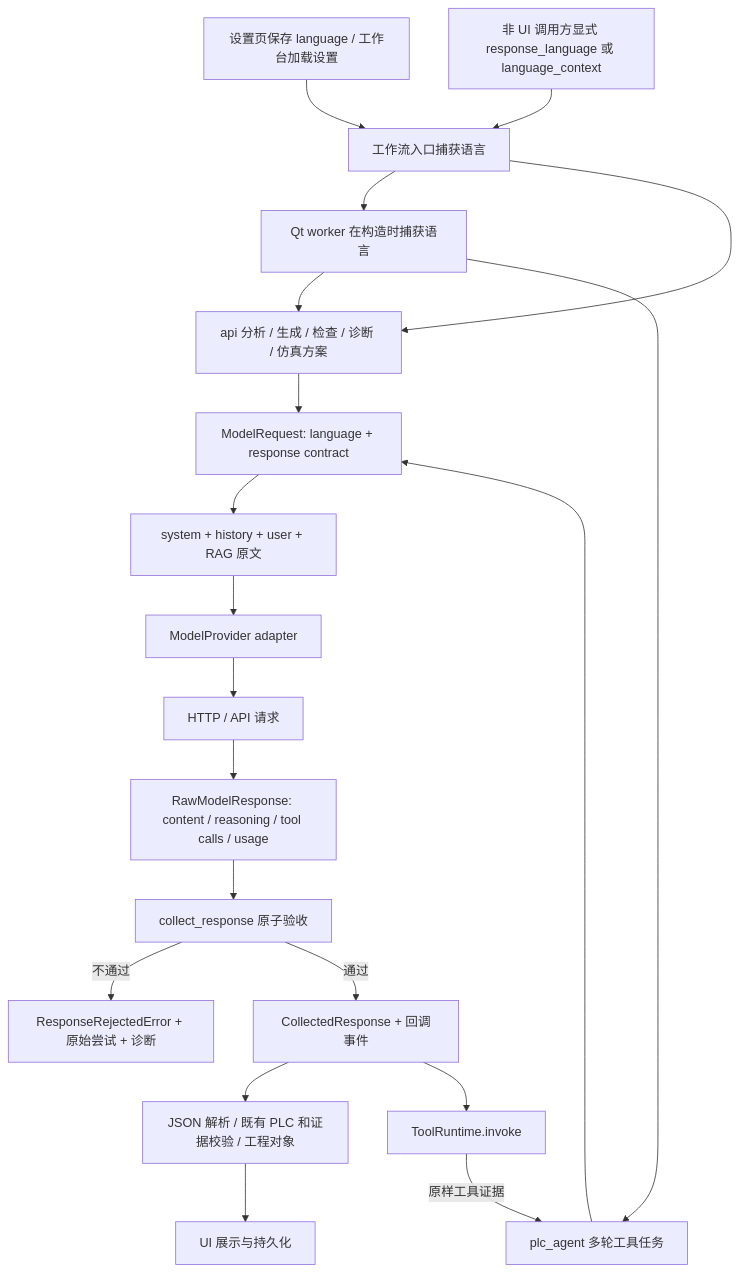
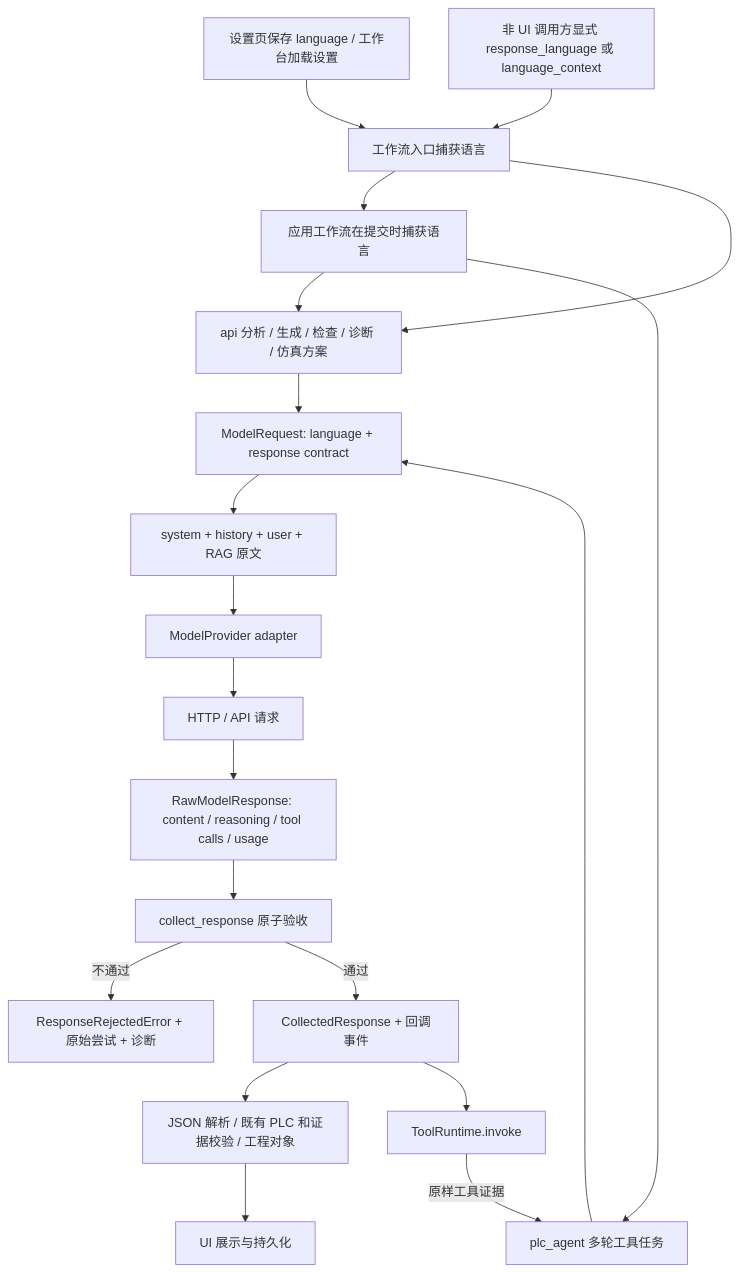
The diagram in docs/architecture/response-language.md (Arienax/gxworks-agent), drawn with Mermaid before and after one commit. The commit also changed other lines of this file and 99 other files, not shown here.

````diff
--- a/docs/architecture/response-language.md
+++ b/docs/architecture/response-language.md
@@ -15,22 +15,22 @@
 ```mermaid
 flowchart TD
   UI[设置页保存 language / 工作台加载设置] --> Scope[工作流入口捕获语言]
   CLI[非 UI 调用方显式 response_language 或 language_context] --> Scope
-  Scope --> Worker[Qt worker 在构造时捕获语言]
+  Scope --> Worker[应用工作流在提交时捕获语言]
   Scope --> API[api 分析 / 生成 / 检查 / 诊断 / 仿真方案]
   Worker --> API
   Worker --> Agent[plc_agent 多轮工具任务]
   API --> Request[ModelRequest: language + response contract]
   Agent --> Request
   Request --> Prompt[system + history + user + RAG 原文]
   Prompt --> Adapter[ModelProvider adapter]
   Adapter --> Wire[HTTP / API 请求]
   Wire --> Raw[RawModelResponse: content / reasoning / tool calls / usage]
   Raw --> Gate[collect_response 原子验收]
   Gate -->|不通过| Error[ResponseRejectedError + 原始尝试 + 诊断]
   Gate -->|通过| Accepted[CollectedResponse + 回调事件]
   Accepted --> Domain[JSON 解析 / 既有 PLC 和证据校验 / 工程对象]
   Accepted --> Tools[ToolRuntime.invoke]
   Tools -->|原样工具证据| Agent
   Domain --> Display[UI 展示与持久化]
 ```
````
